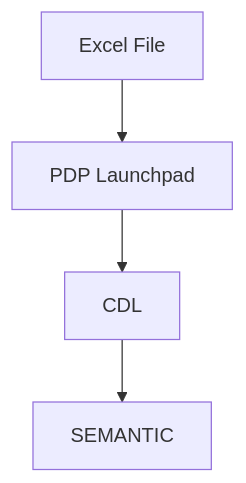
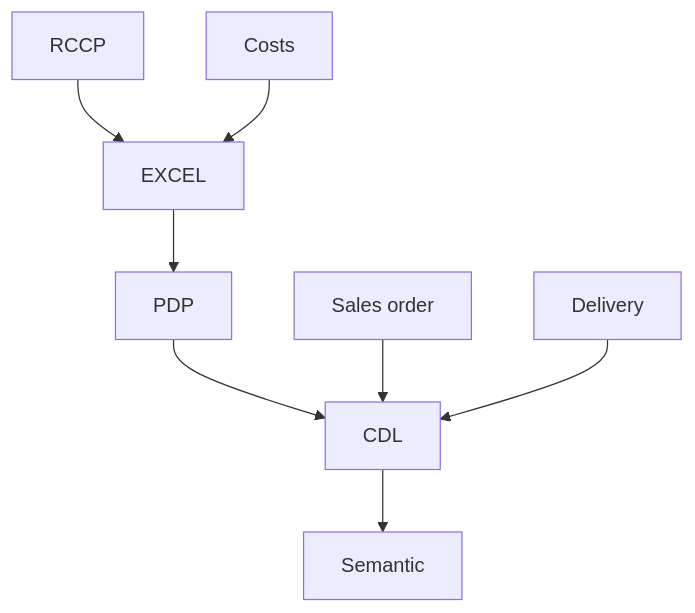
Before and after one commit to alvinjchua888/mermaidexamples: the second of 2 diagrams in README.md, drawn with Mermaid.

````diff
--- a/README.md
+++ b/README.md
@@ -12,6 +12,12 @@
 ```mermaid
 flowchart TD
-    A[Excel File] --> B[PDP Launchpad]
-    B --> C[CDL]
-    C --> D[SEMANTIC]
+    A[RCCP] --> B[EXCEL]
+    B --> C[PDP]
+    C --> D[CDL]
+    D --> S[Semantic]
+    E[Costs] --> B
+    F[Sales order]--> D
+    G[Delivery] --> D
+
+
 ```
````
